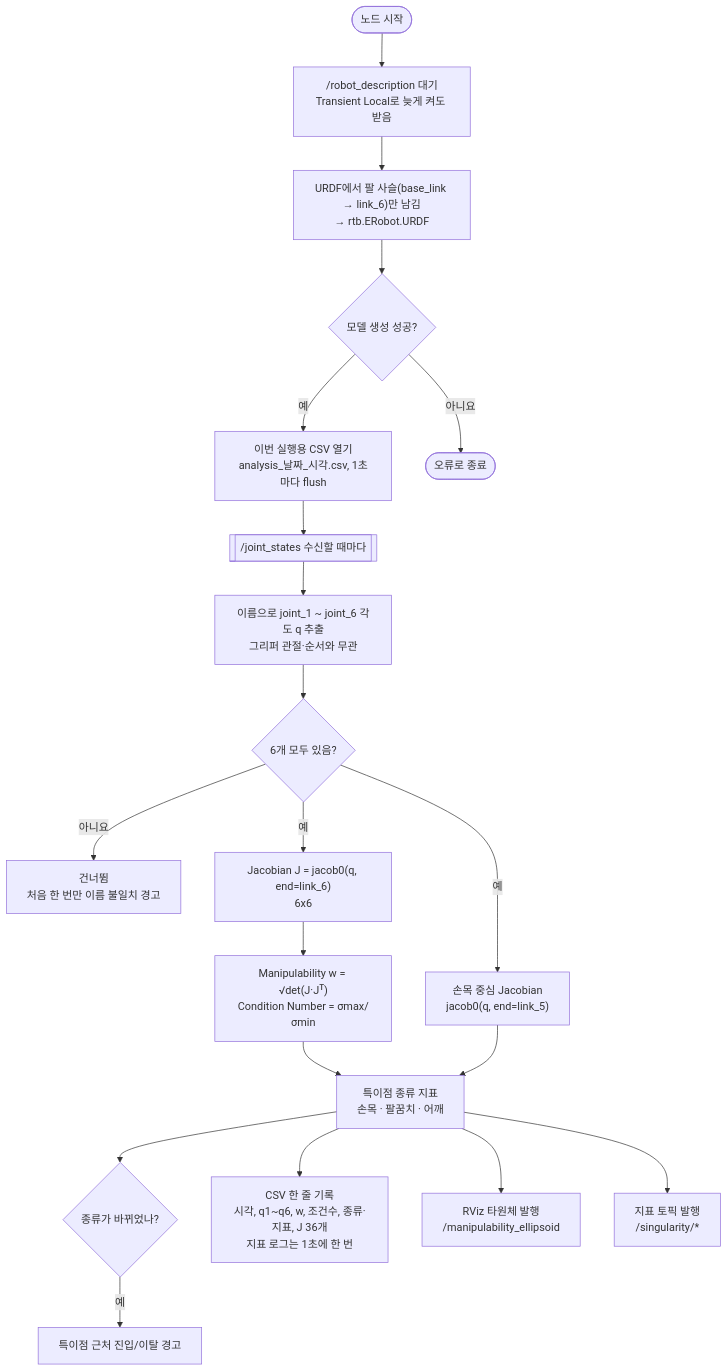
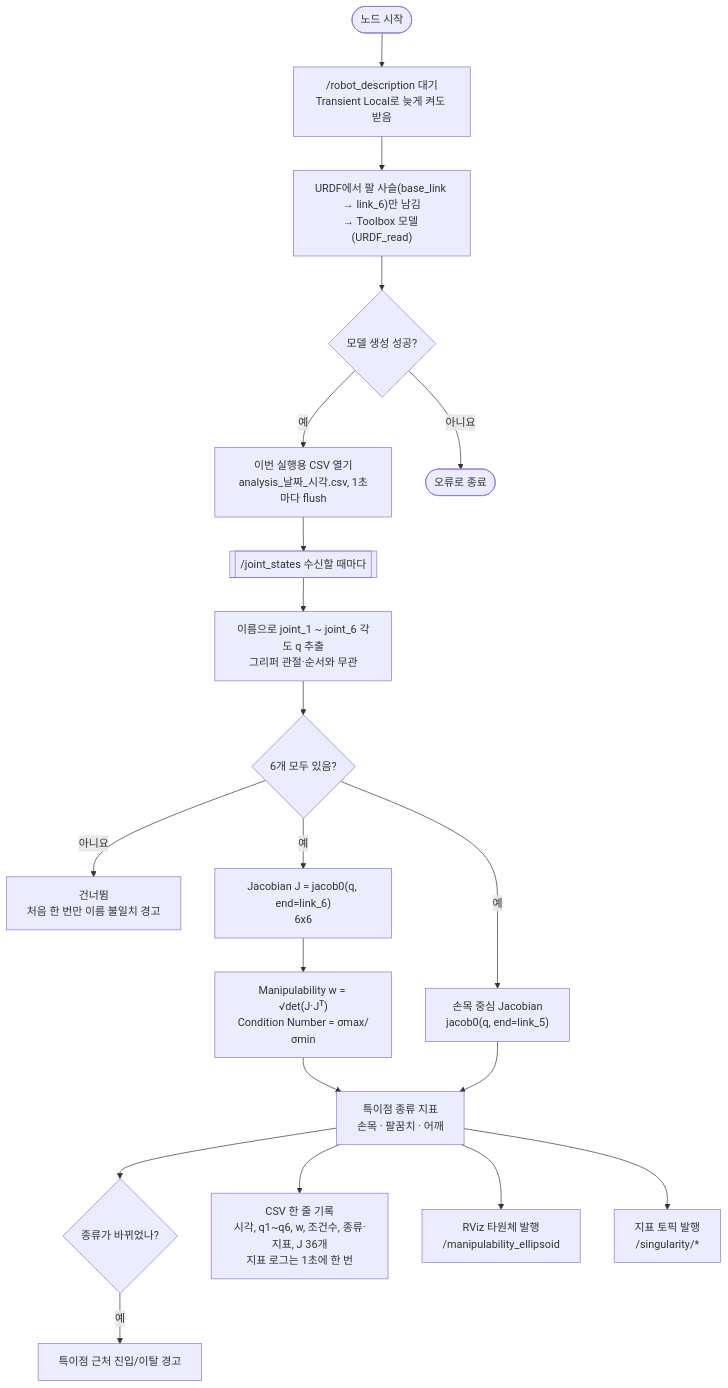
The second of 3 diagrams in README.md (yoonheon051/singularity_analysis), drawn with Mermaid before and after one commit. The commit also changed other lines of this file and 2 other files, not shown here.

First line of the commit message:
Toolbox 모델 로딩을 권장 방식(URDF_read)으로 변경

````diff
--- a/README.md
+++ b/README.md
@@ -584,21 +584,21 @@
 ```mermaid
 flowchart TD
     A(["노드 시작"]) --> C["/robot_description 대기<br/>Transient Local로 늦게 켜도 받음"]
-    C --> D["URDF에서 팔 사슬(base_link → link_6)만 남김<br/>→ rtb.ERobot.URDF"]
+    C --> D["URDF에서 팔 사슬(base_link → link_6)만 남김<br/>→ Toolbox 모델 (URDF_read)"]
     D --> E{"모델 생성 성공?"}
     E -- 예 --> B["이번 실행용 CSV 열기<br/>analysis_날짜_시각.csv, 1초마다 flush"]
     E -- 아니요 --> X(["오류로 종료"])
     B --> F[["/joint_states 수신할 때마다"]]
     F --> G["이름으로 joint_1 ~ joint_6 각도 q 추출<br/>그리퍼 관절·순서와 무관"]
     G --> H{"6개 모두 있음?"}
     H -- 아니요 --> W["건너뜀<br/>처음 한 번만 이름 불일치 경고"]
     H -- 예 --> J["Jacobian J = jacob0(q, end=link_6)<br/>6x6"]
     J --> M["Manipulability w = √det(J·Jᵀ)<br/>Condition Number = σmax/σmin"]
     H -- 예 --> JW["손목 중심 Jacobian<br/>jacob0(q, end=link_5)"]
     M & JW --> T["특이점 종류 지표<br/>손목 · 팔꿈치 · 어깨"]
     T --> TC{"종류가 바뀌었나?"}
     TC -- 예 --> WARN["특이점 근처 진입/이탈 경고"]
     T --> L["CSV 한 줄 기록<br/>시각, q1~q6, w, 조건수, 종류·지표, J 36개<br/>지표 로그는 1초에 한 번"]
     T --> RV["RViz 타원체 발행<br/>/manipulability_ellipsoid"]
     T --> TP["지표 토픽 발행<br/>/singularity/*"]
 ```
````
